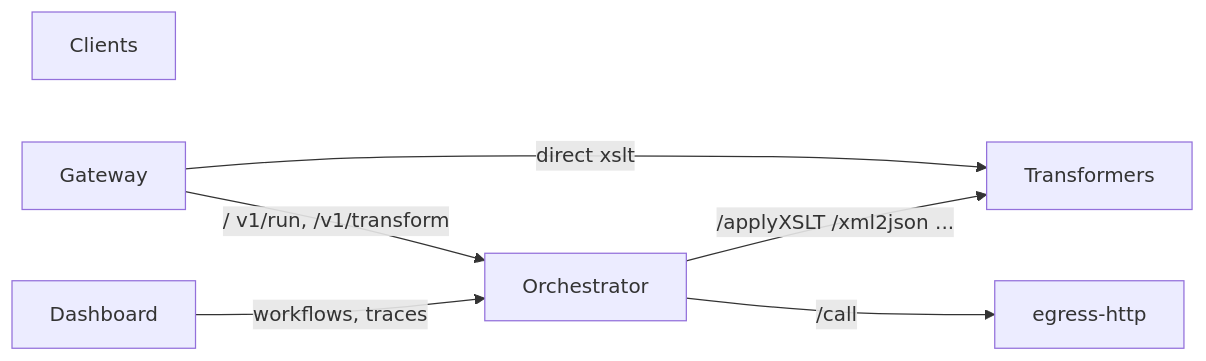
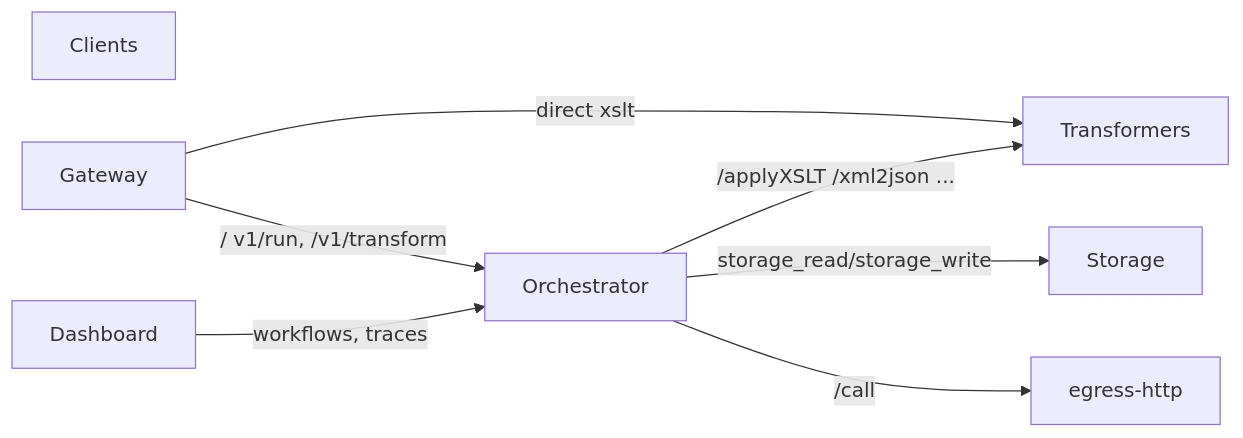
Before and after one commit to mfellman/MiniCloud: the diagram in README.md, drawn with Mermaid. The commit also changed other lines of this file and 27 other files, not shown here.

````diff
--- a/README.md
+++ b/README.md
@@ -38,14 +40,16 @@
 ```mermaid
 flowchart LR
   client[Clients]
   gw[Gateway]
   orch[Orchestrator]
   tr[Transformers]
+  st[Storage]
   ehttp[egress-http]
   dash[Dashboard]
   gw -->|"/ v1/run, /v1/transform"| orch
   gw -->|direct xslt| tr
   orch -->|"/applyXSLT /xml2json ..."| tr
+  orch -->|"storage_read/storage_write"| st
   orch -->|"/call"| ehttp
   dash -->|"workflows, traces"| orch
 ```
````
